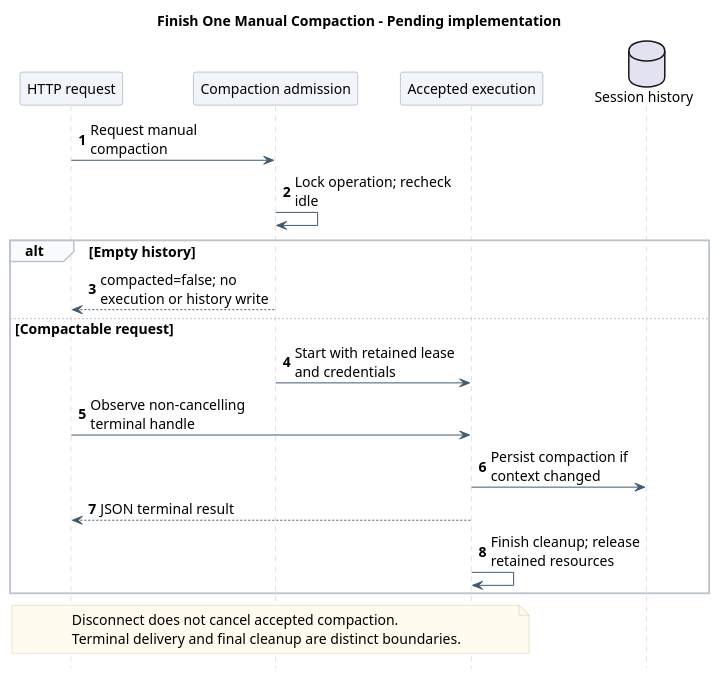
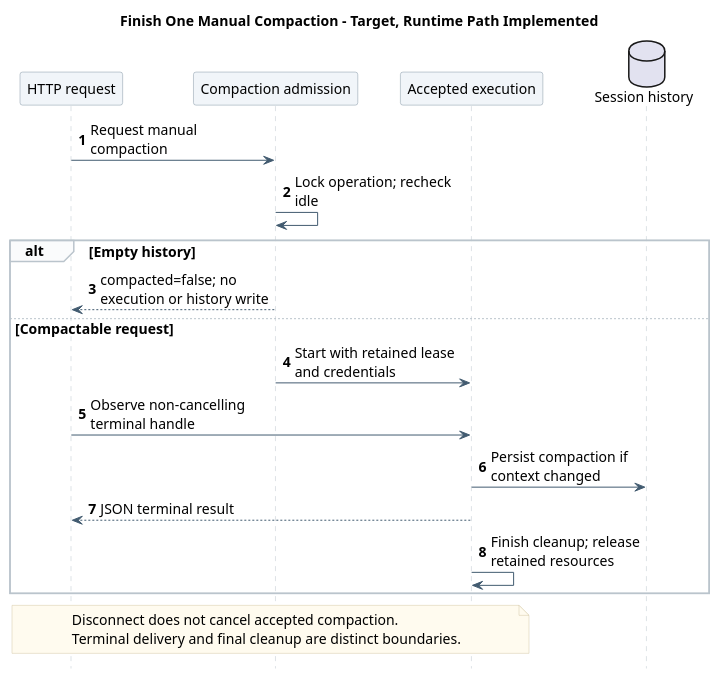
One commit to ssm0808/pi-mono-java-design changed the third of 3 diagrams in 04-命令与技能/01-内置命令/设计图/diagram.puml. Above: the diagram before and after it, drawn with PlantUML. The commit also changed other lines of this file and 20 other files, not shown here.

```diff
--- a/04-命令与技能/01-内置命令/设计图/diagram.puml
+++ b/04-命令与技能/01-内置命令/设计图/diagram.puml
@@ -110,43 +110,43 @@
 @startuml compact_command_execution
 ' Source evidence: pi-mono-java@d84dd3d6 modules/coding-agent-cli/src/main/java/com/campusclaw/codingagent/runtimeapi/event/RuntimeExecutionCoordinator.java.
-' Source evidence: pi-mono-java@d84dd3d6 modules/coding-agent-cli/src/main/java/com/campusclaw/codingagent/runtimeapi/runtime/RuntimeSessionHolder.java.
+' Source evidence: pi-mono-java@53eff85c modules/coding-agent-cli/src/main/java/com/campusclaw/codingagent/runtimeapi/compaction/RuntimeCompactionService.java start; Runtime Command compaction is connected.
 ' Architecture change: compact terminal Future is independent of Holder lifetime and request transport.
 ' Presentation: one responsibility-level scenario; implementation details remain in the linked document.
 skinparam backgroundColor white
 skinparam defaultFontName SansSerif
 skinparam defaultFontSize 14
 skinparam shadowing false
 skinparam sequenceMessageAlign left
 skinparam maxMessageSize 180
 skinparam sequenceArrowColor #425B70
 skinparam sequenceLifeLineBorderColor #BAC4CC
 skinparam sequenceParticipantBackgroundColor #F1F5F9
 skinparam sequenceParticipantBorderColor #8496A4
 skinparam sequenceGroupBackgroundColor #FAFBFC
 skinparam sequenceGroupBorderColor #BAC4CC
 skinparam noteBackgroundColor #FFFBEF
 skinparam noteBorderColor #D2C6A5
 hide footbox
 autonumber
 
-title Finish One Manual Compaction - Pending implementation
+title Finish One Manual Compaction - Target, Runtime Path Implemented
 participant "HTTP request" as Http
 participant "Compaction admission" as Service
 participant "Accepted execution" as Execution
 database "Session history" as History
 Http -> Service : Request manual compaction
 Service -> Service : Lock operation; recheck idle
 alt Empty history
   Service --> Http : compacted=false; no execution or history write
 else Compactable request
   Service -> Execution : Start with retained lease and credentials
   Http -> Execution : Observe non-cancelling terminal handle
   Execution -> History : Persist compaction if context changed
   Execution --> Http : JSON terminal result
   Execution -> Execution : Finish cleanup; release retained resources
 end
 note over Http,Execution
   Disconnect does not cancel accepted compaction.
   Terminal delivery and final cleanup are distinct boundaries.
 end note
 @enduml
```
